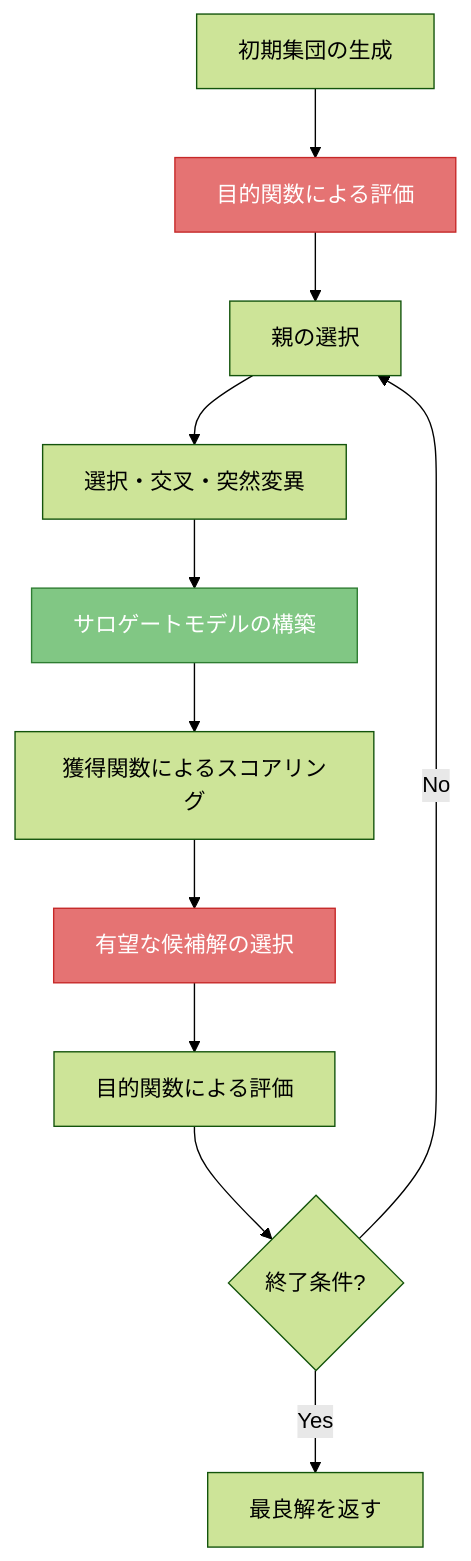
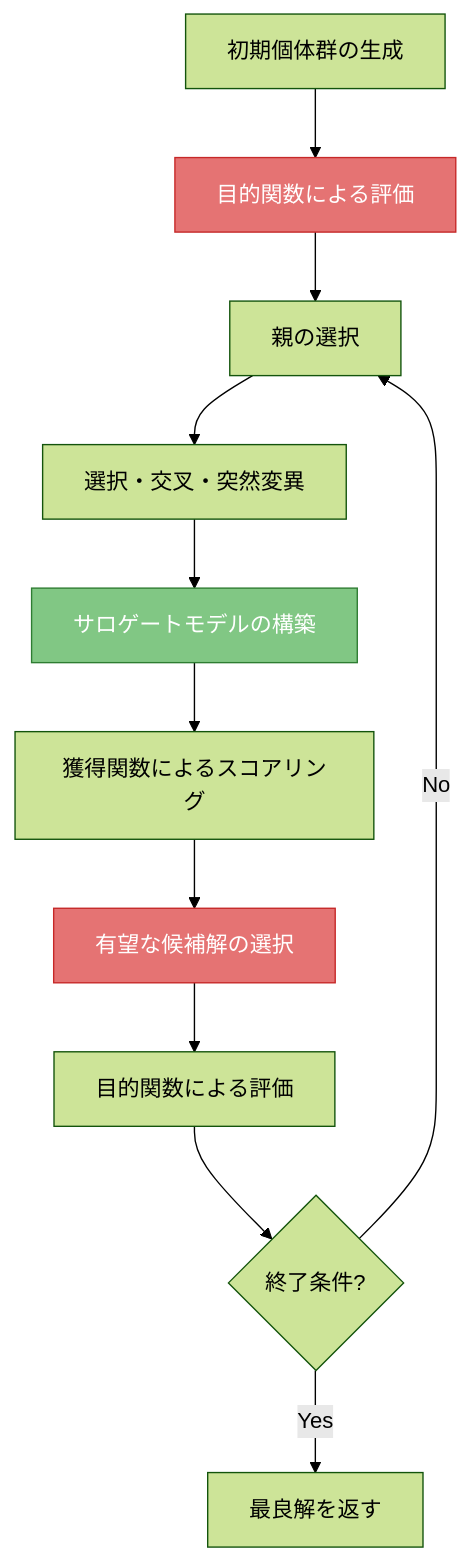
One commit to shlka/saealib changed the second of 2 diagrams in docs/getting_started/what_is_saealib.md. Above: the diagram before and after it, drawn with Mermaid (forest theme). The commit also changed other lines of this file and 27 other files, not shown here.

````diff
--- a/docs/getting_started/what_is_saealib.md
+++ b/docs/getting_started/what_is_saealib.md
@@ -42,17 +42,17 @@
 ```{mermaid}
 flowchart TD
-    A[初期集団の生成] --> B["目的関数による評価"]
+    A[初期個体群の生成] --> B["目的関数による評価"]
     B --> D[親の選択]
     D --> E[選択・交叉・突然変異]
     E --> F[サロゲートモデルの構築]
     F --> G["獲得関数によるスコアリング"]
     G --> H[有望な候補解の選択]
     H --> I["目的関数による評価"]
     I --> J{終了条件?}
     J -- No --> D
     J -- Yes --> K[最良解を返す]
 
     style B fill:#e57373,color:#fff,stroke:#c62828
     style H fill:#e57373,color:#fff,stroke:#c62828
     style F fill:#81c784,color:#fff,stroke:#2e7d32
 ```
````
